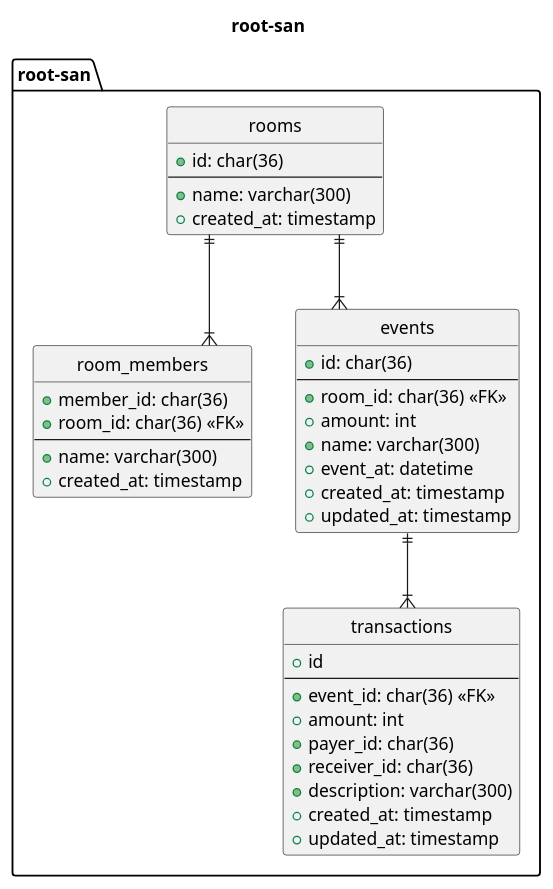
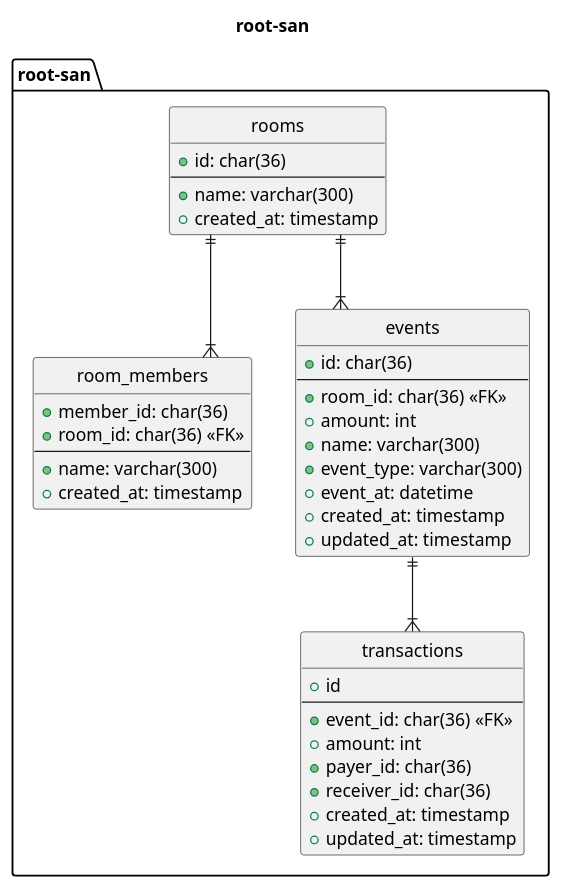
One commit to root-san/root-san changed the diagram in docs/erd.puml. Above: the diagram before and after it, drawn with PlantUML. The commit also changed 1 other file, not shown here.

```diff
--- a/docs/erd.puml
+++ b/docs/erd.puml
@@ -1,55 +1,55 @@
 @startuml
 
 ' hide the spot
 hide circle
 
 ' avoid problems with angled crows feet
 skinparam linetype ortho
 
 title root-san
 
 package "root-san" as root_san {
     entity "rooms" as rooms {
         + id: char(36)
         --
         + name: varchar(300)
         + created_at: timestamp
     }
 
     entity "room_members" as room_members {
         + member_id: char(36)
         + room_id: char(36) <<FK>>
         --
         + name: varchar(300)
         + created_at: timestamp
     }
 
     entity "events" as events {
         + id: char(36)
         --
         + room_id: char(36) <<FK>>
         + amount: int
         + name: varchar(300)
+        + event_type: varchar(300)
         + event_at: datetime
         + created_at: timestamp
         + updated_at: timestamp
     }
 
     entity "transactions" as transactions {
         + id
         --
         + event_id: char(36) <<FK>>
         + amount: int
         + payer_id: char(36)
         + receiver_id: char(36)
-        + description: varchar(300)
         + created_at: timestamp
         + updated_at: timestamp
     }
 }
 
 rooms ||--|{ room_members
 rooms ||--|{ events
 events ||--|{ transactions
 
 @enduml
```
